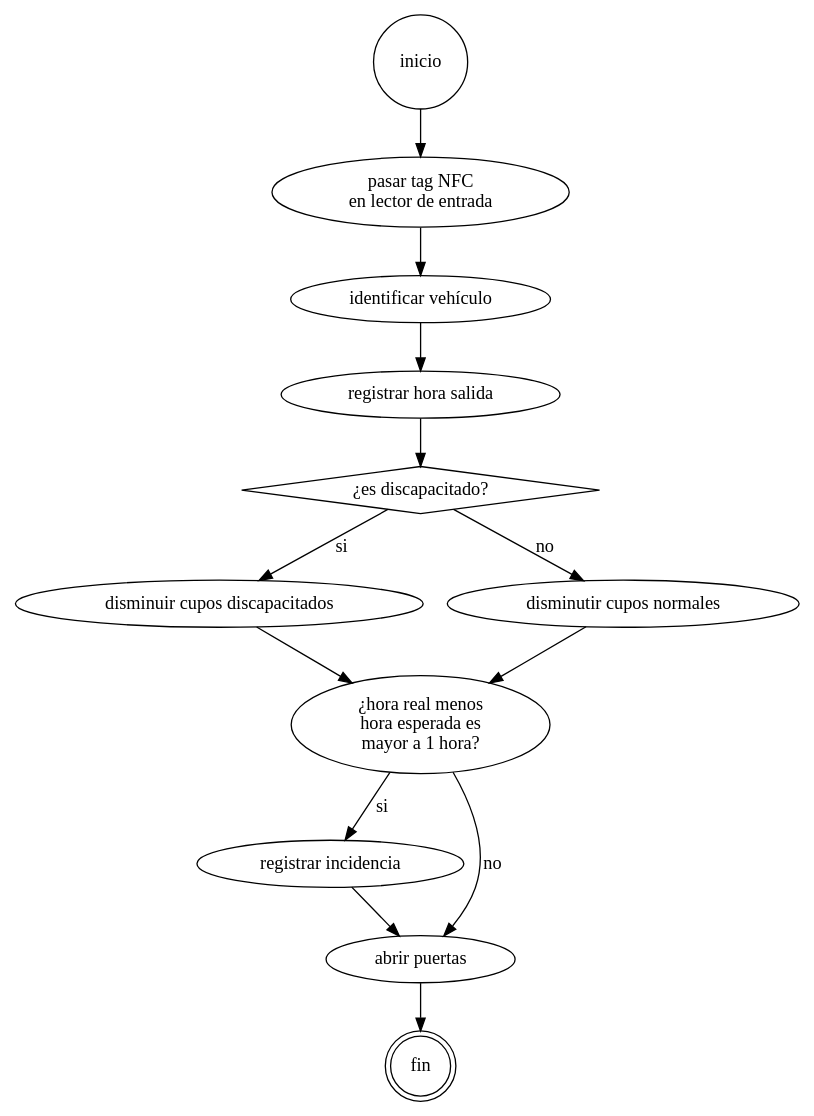
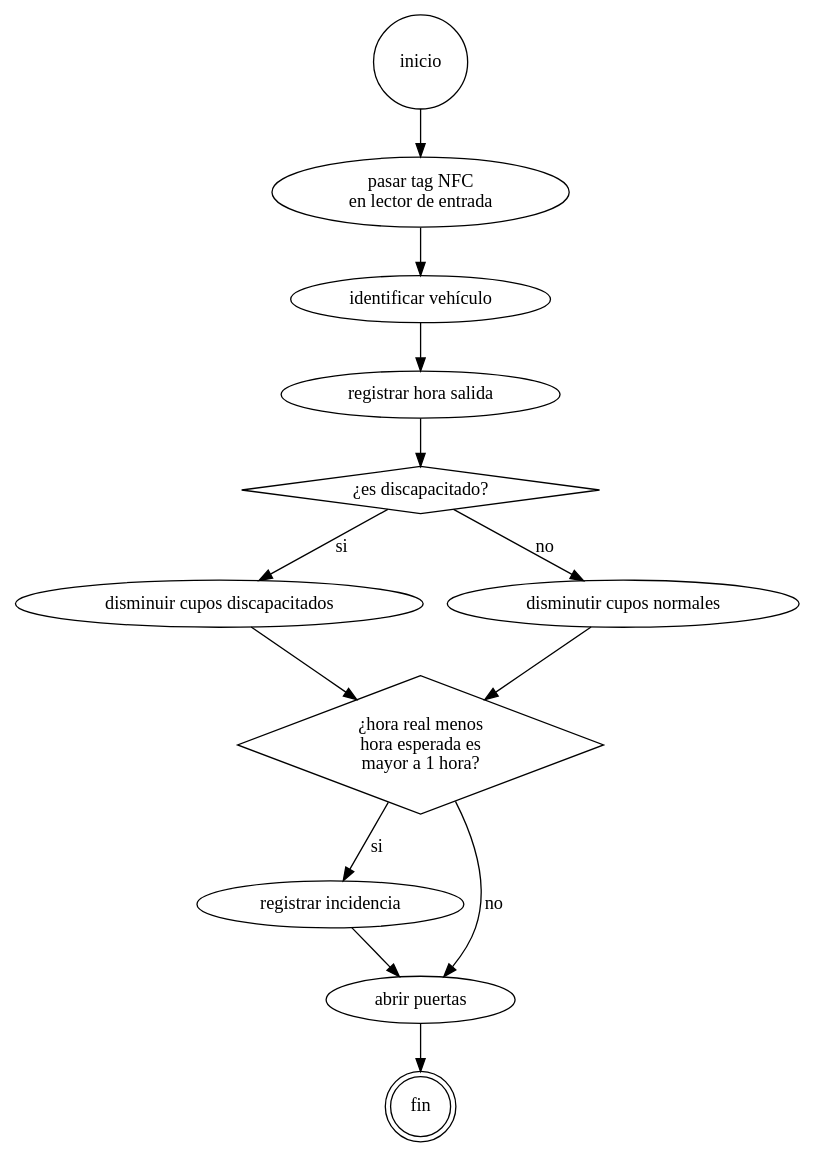
One commit to udistrital/parqueaderos-integrado changed the diagram in src/diagramas/salida_automovil.gv. Above: the diagram before and after it, drawn with Graphviz. The commit also changed 3 other files, not shown here.

Commit message:
Fix diagrams

```diff
--- a/src/diagramas/salida_automovil.gv
+++ b/src/diagramas/salida_automovil.gv
@@ -1,34 +1,34 @@
 /*
   Proceso de Salida de Vehículo Automóvil.
   Author: Jorge Ulises Useche Cuellar
 */
 
-digraph G {
+digraph SalidaVehiculo {
   inicio -> tag_nfc -> id_veh -> reg_salida -> es_disca;
   es_disca -> cupos_disc_l1 [label="si"];
   es_disca -> cupos_norm_l1 [label="no"];
 
   cupos_disc_l1 -> resta_real_esper;
   cupos_norm_l1 -> resta_real_esper;
 
   resta_real_esper -> reg_incidencia [label="si"];
   resta_real_esper -> abrir_puertas [label="no"];
 
   reg_incidencia -> abrir_puertas;
 
   abrir_puertas -> fin;
 
   tag_nfc [label="pasar tag NFC\nen lector de entrada"];
   id_veh [label="identificar vehículo"];
   reg_salida [label="registrar hora salida"];
   es_disca [label="¿es discapacitado?"];
   cupos_disc_l1 [label="disminuir cupos discapacitados"];
   cupos_norm_l1 [label="disminutir cupos normales"];
   resta_real_esper [label="¿hora real menos\nhora esperada es\nmayor a 1 hora?"];
   reg_incidencia [label="registrar incidencia"];
   abrir_puertas [label="abrir puertas"];
 
   inicio [shape=circle];
-  es_disca [shape=diamond];
+  es_disca, resta_real_esper [shape=diamond];
   fin [shape=doublecircle];
 }
```
